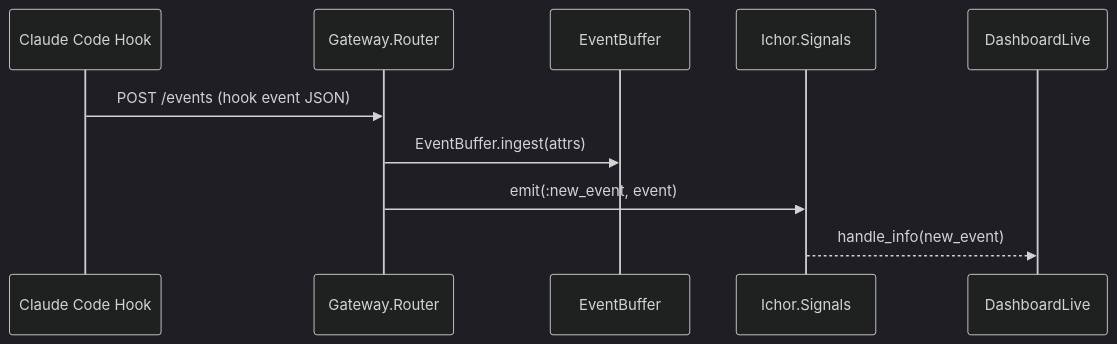
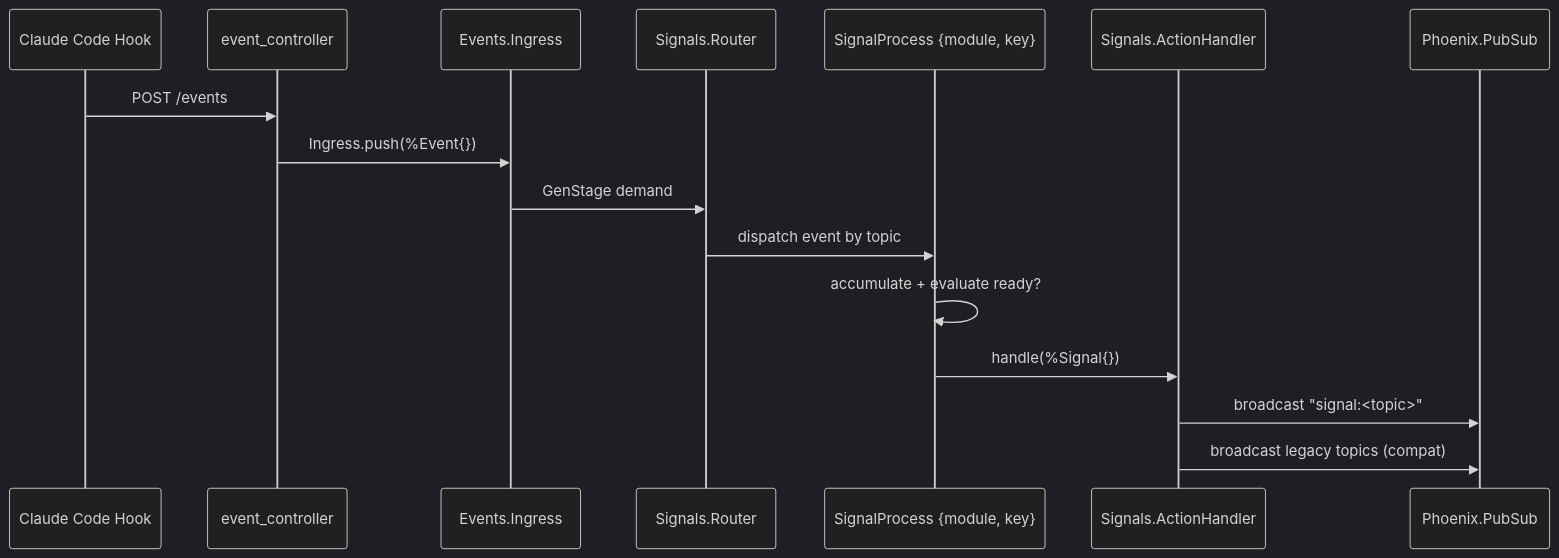
The second of 3 diagrams in REFACTOR.md (architects-of-type-IV/agent-observatory), drawn with Mermaid (dark theme) before and after one commit. The commit also changed other lines of this file and 20 other files, not shown here.

First line of the commit message:
docs(architecture): update docs for ADR-026 GenStage pipeline, deleted subsystems, and supervision tree changes

````diff
--- a/REFACTOR.md
+++ b/REFACTOR.md
@@ -365,13 +270,19 @@
 ```mermaid
 sequenceDiagram
     participant Hook as Claude Code Hook
-    participant GW as Gateway.Router
-    participant EB as EventBuffer
-    participant Sig as Ichor.Signals
-    participant LiveView as DashboardLive
+    participant HTTP as event_controller
+    participant Ingress as Events.Ingress
+    participant Router as Signals.Router
+    participant SP as SignalProcess {module, key}
+    participant AH as Signals.ActionHandler
+    participant PubSub as Phoenix.PubSub
 
-    Hook->>GW: POST /events (hook event JSON)
-    GW->>EB: EventBuffer.ingest(attrs)
-    GW->>Sig: emit(:new_event, event)
-    Sig-->>LiveView: handle_info(new_event)
+    Hook->>HTTP: POST /events
+    HTTP->>Ingress: Ingress.push(%Event{})
+    Ingress->>Router: GenStage demand
+    Router->>SP: dispatch event by topic
+    SP->>SP: accumulate + evaluate ready?
+    SP->>AH: handle(%Signal{})
+    AH->>PubSub: broadcast "signal:<topic>"
+    AH->>PubSub: broadcast legacy topics (compat)
 ```
````
